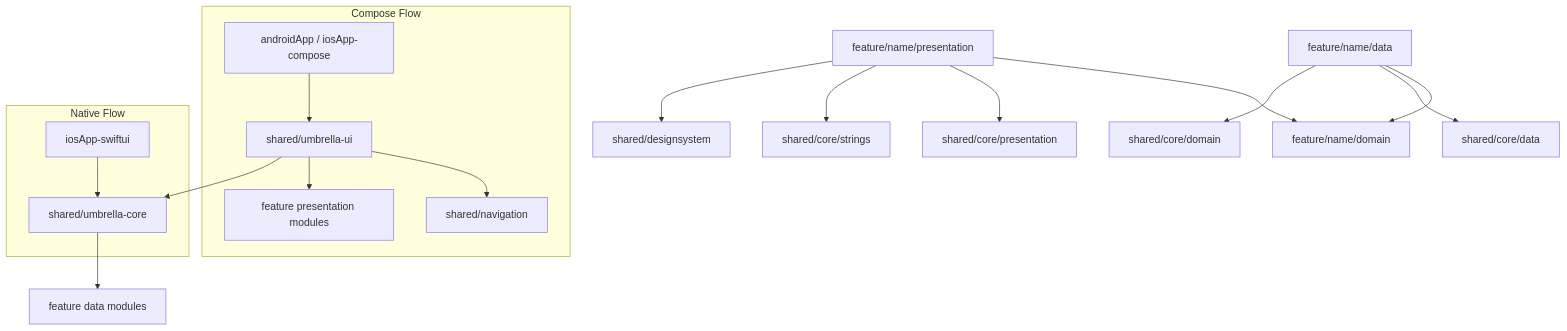
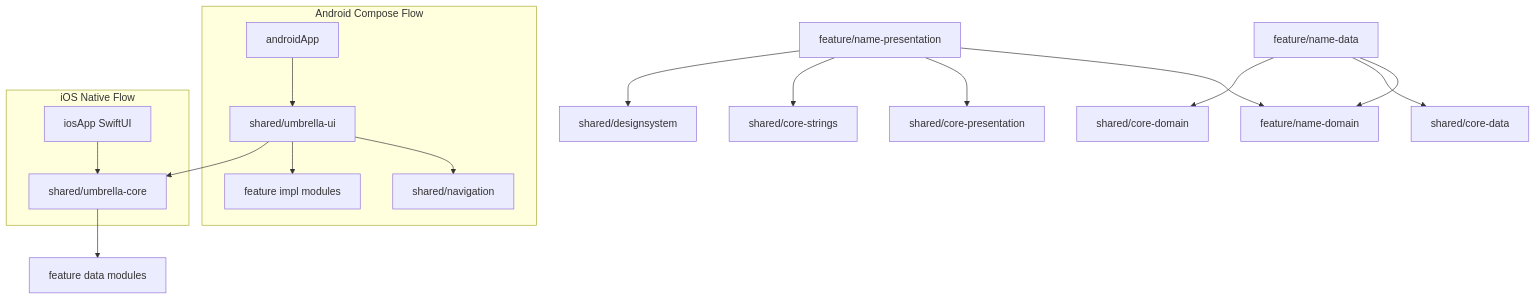
Before and after one commit to Helmy2/Dream: the fourth of 8 diagrams in ONBOARDING.md, drawn with Mermaid. The commit also changed other lines of this file and 305 other files, not shown here.

````diff
--- a/ONBOARDING.md
+++ b/ONBOARDING.md
@@ -134,20 +136,20 @@
 ```mermaid
 flowchart TD
-    Presentation[feature/name/presentation] --> Domain[feature/name/domain]
-    Data[feature/name/data] --> Domain
-    Presentation --> SharedPresentation[shared/core/presentation]
-    Presentation --> Strings[shared/core/strings]
+    Presentation[feature/name-presentation] --> Domain[feature/name-domain]
+    Data[feature/name-data] --> Domain
+    Presentation --> SharedPresentation[shared/core-presentation]
+    Presentation --> Strings[shared/core-strings]
     Presentation --> Design[shared/designsystem]
-    Data --> SharedData[shared/core/data]
-    Data --> SharedDomain[shared/core/domain]
-    subgraph Compose Flow
-        HostC[androidApp / iosApp-compose] --> UmbrellaUI[shared/umbrella-ui]
+    Data --> SharedData[shared/core-data]
+    Data --> SharedDomain[shared/core-domain]
+    subgraph Android Compose Flow
+        HostC[androidApp] --> UmbrellaUI[shared/umbrella-ui]
         UmbrellaUI --> Navigation[shared/navigation]
-        UmbrellaUI --> FeatureUI[feature presentation modules]
+        UmbrellaUI --> FeatureUI[feature impl modules]
     end
-    subgraph Native Flow
-        HostS[iosApp-swiftui] --> UmbrellaCore[shared/umbrella-core]
+    subgraph iOS Native Flow
+        HostS[iosApp SwiftUI] --> UmbrellaCore[shared/umbrella-core]
     end
     UmbrellaUI --> UmbrellaCore
     UmbrellaCore --> FeatureData[feature data modules]
 ```
````
